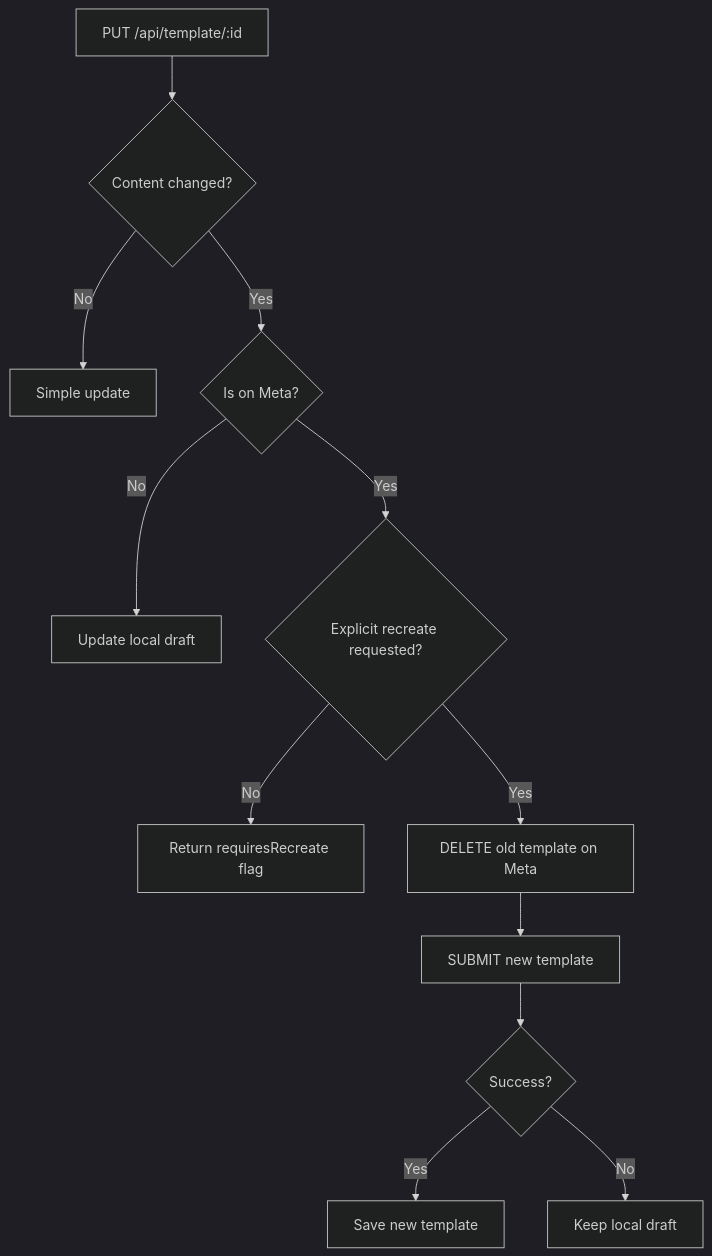
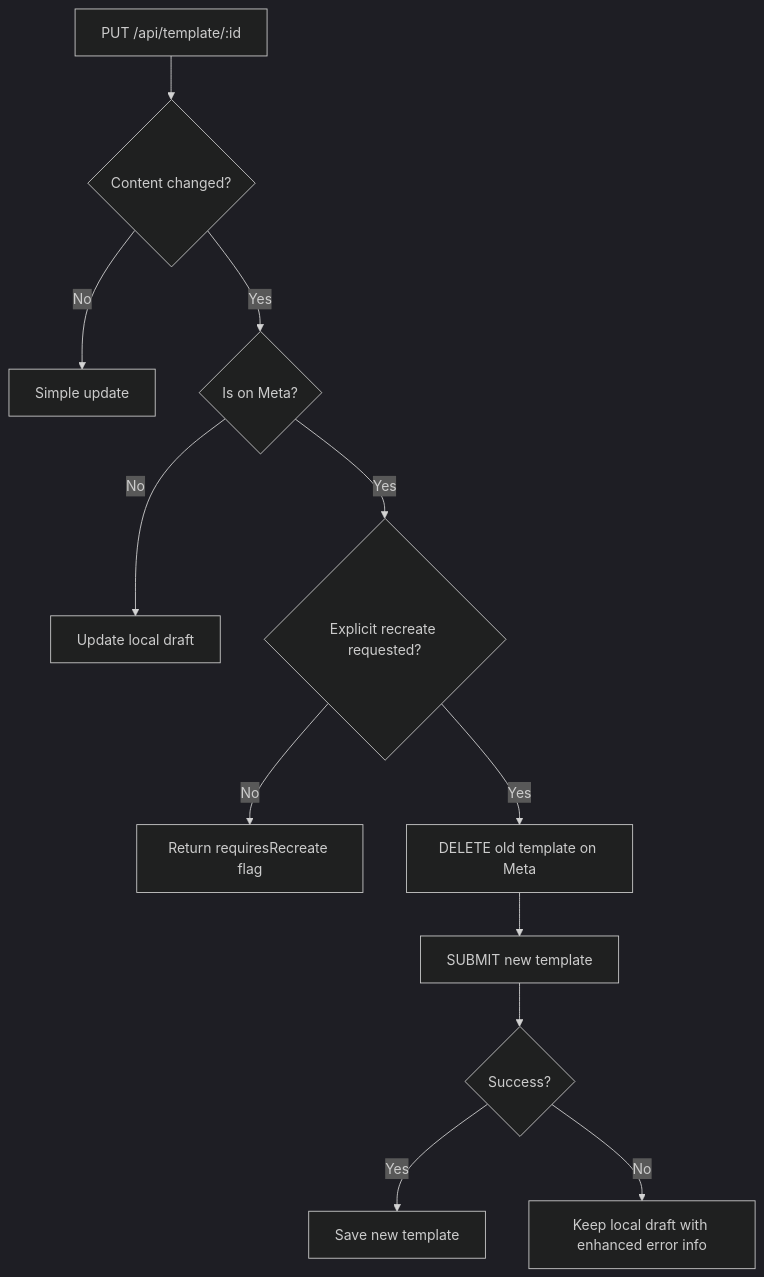
Before and after one commit to zesteatvga-spec/crm: the sixth of 12 diagrams in .qoder/repowiki/en/content/Template Management/Template Management.md, drawn with Mermaid (dark theme). The commit also changed other lines of this file and 26 other files, not shown here.

````diff
--- a/.qoder/repowiki/en/content/Template Management/Template Management.md
+++ b/.qoder/repowiki/en/content/Template Management/Template Management.md
@@ -295,14 +307,14 @@
 ```mermaid
 flowchart TD
 A["PUT /api/template/:id"] --> B{"Content changed?"}
 B --> |No| C["Simple update"]
 B --> |Yes| D{"Is on Meta?"}
 D --> |No| E["Update local draft"]
 D --> |Yes| F{"Explicit recreate requested?"}
 F --> |No| G["Return requiresRecreate flag"]
 F --> |Yes| H["DELETE old template on Meta"]
 H --> I["SUBMIT new template"]
 I --> J{"Success?"}
 J --> |Yes| K["Save new template"]
-J --> |No| L["Keep local draft"]
+J --> |No| L["Keep local draft with enhanced error info"]
 ```
````
